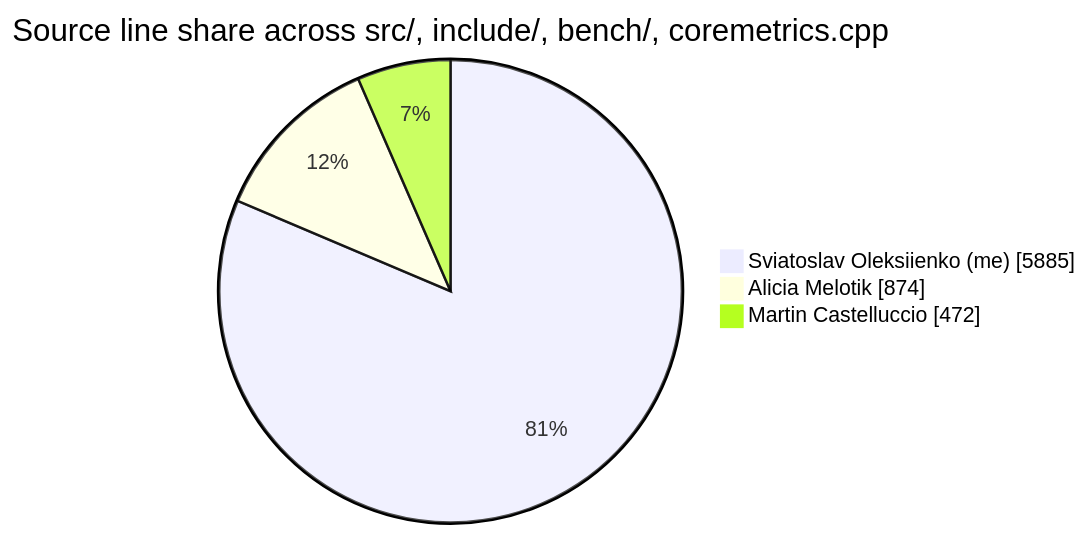
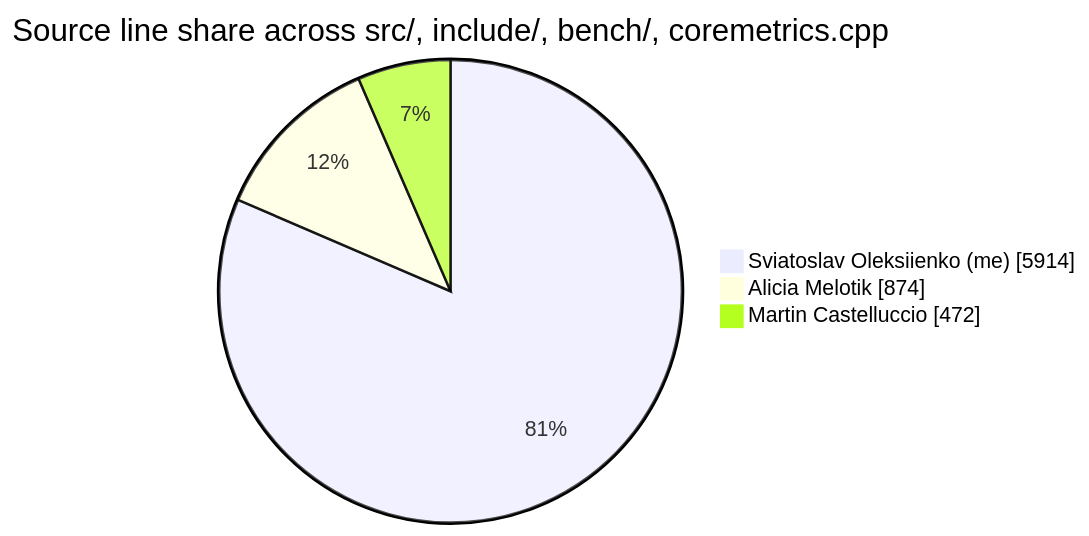
One commit to sviatil0/coremetrics changed the diagram in .github/badges/contributions.md. Above: the diagram before and after it, drawn with Mermaid. The commit also changed other lines of this file and 2 other files, not shown here.

````diff
--- a/.github/badges/contributions.md
+++ b/.github/badges/contributions.md
@@ -11,7 +11,7 @@
 ```mermaid
 pie showData
     title Source line share across src/, include/, bench/, coremetrics.cpp
-    "Sviatoslav Oleksiienko (me)" : 5885
+    "Sviatoslav Oleksiienko (me)" : 5914
     "Alicia Melotik" : 874
     "Martin Castelluccio" : 472
 ```
````
